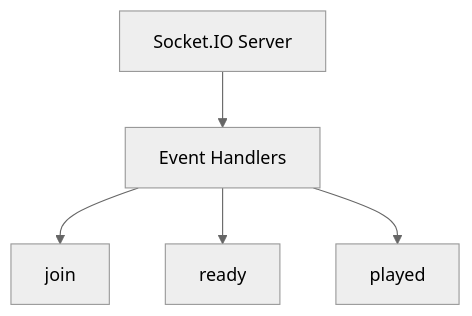
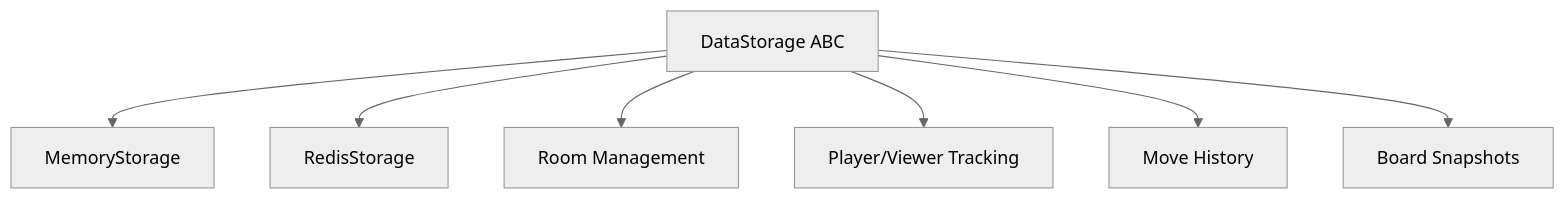
One commit to spherical-go/polyclash changed the sixth of 7 diagrams in docs/04_architecture.md. Above: the diagram before and after it, drawn with Mermaid (neutral theme). The commit also changed other lines of this file and 28 other files, not shown here.

First line of the commit message:
feat: team server mode — user accounts, lobby, board persistence, cloud deploy

````diff
--- a/docs/04_architecture.md
+++ b/docs/04_architecture.md
@@ -118,7 +150,10 @@
 ```mermaid
 graph TD
-    A[Socket.IO Server] --> B[Event Handlers]
-    B --> B1[join]
-    B --> B2[ready]
-    B --> B3[played]
+    A[DataStorage ABC] --> B[MemoryStorage]
+    A --> C[RedisStorage]
+
+    A --> D[Room Management]
+    A --> E[Player/Viewer Tracking]
+    A --> F[Move History]
+    A --> G[Board Snapshots]
 ```
````
